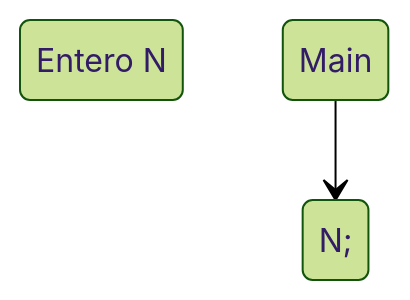
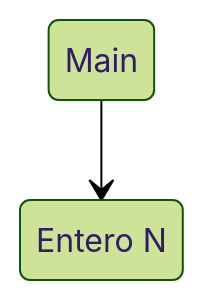
One commit to ValentinJM/TP-8 changed the diagram in Ejercicios/1.md. Above: the diagram before and after it, drawn with Mermaid (forest theme).

````diff
--- a/Ejercicios/1.md
+++ b/Ejercicios/1.md
@@ -3,5 +3,5 @@
 ```mermaid
 stateDiagram-v2
 state "Entero N" as N
-    Main --> N;
+    Main --> N
 ```
````
